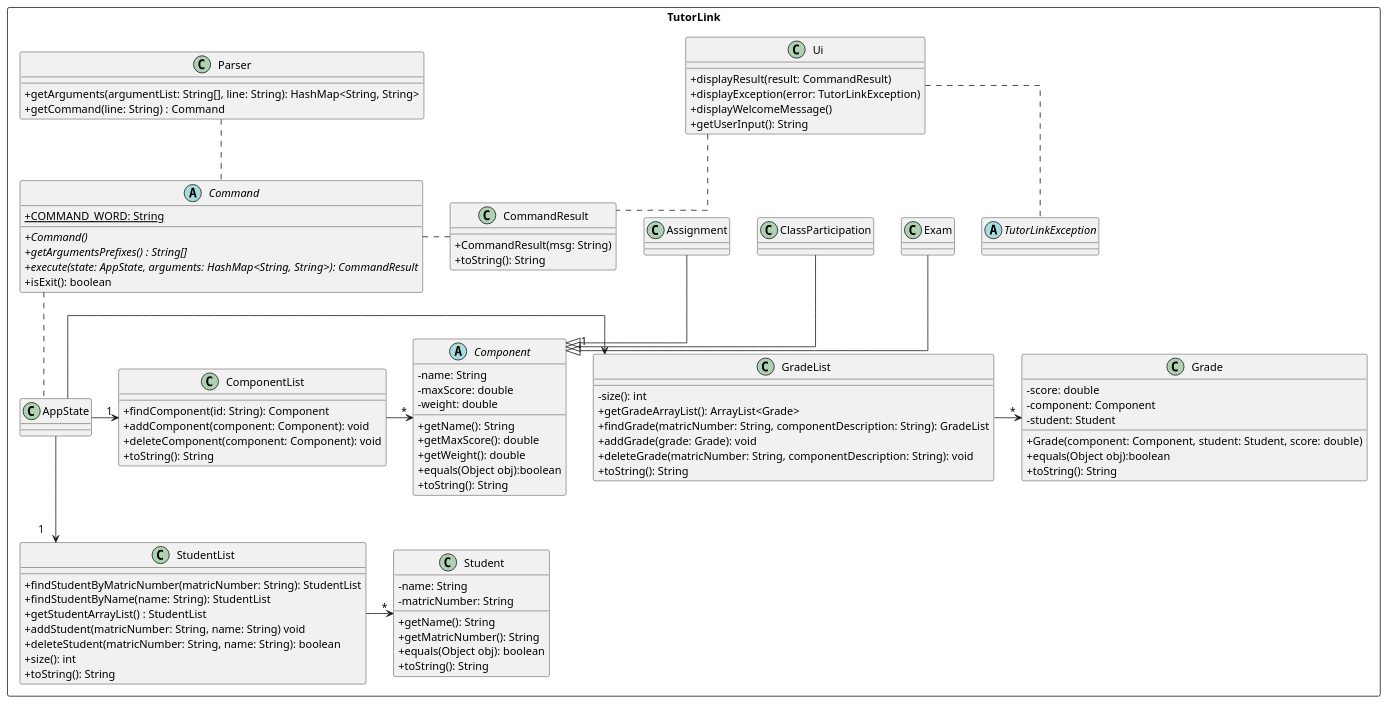
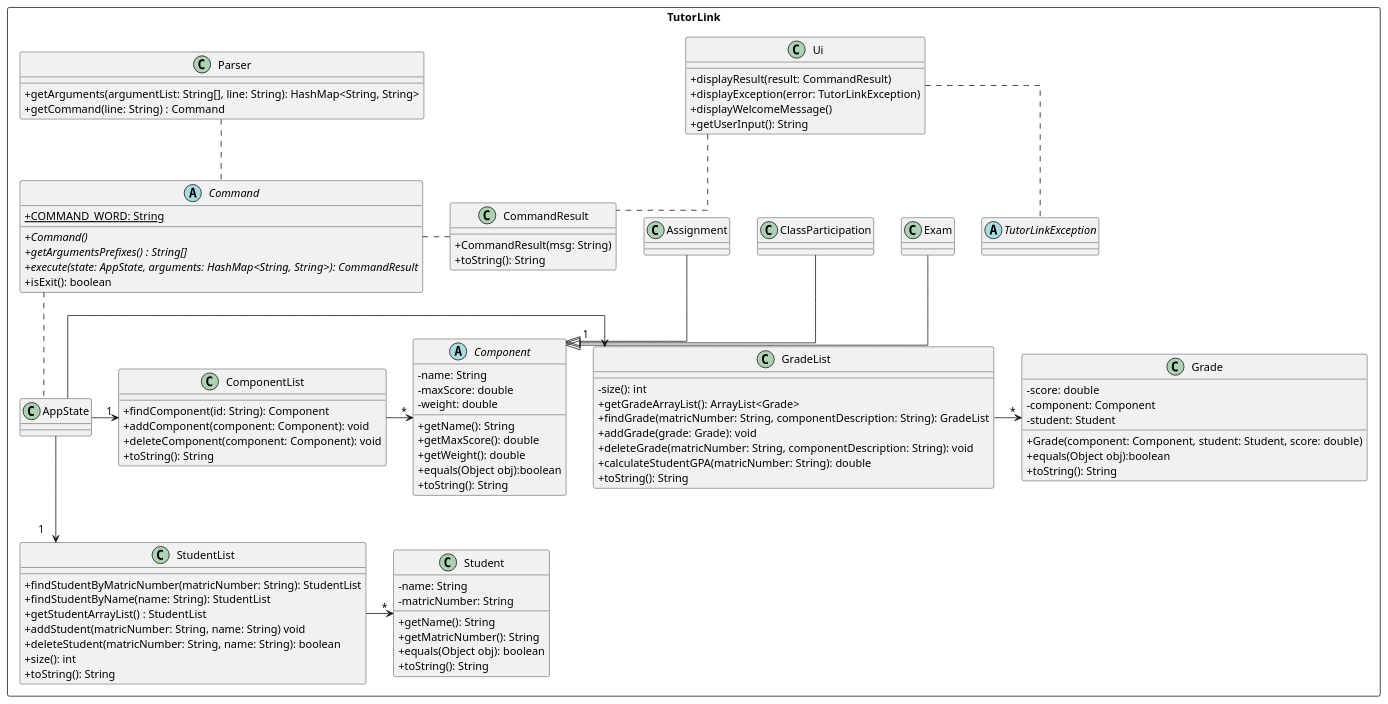
One commit to yeekian/tp changed the diagram in docs/diagrams/Assets.puml. Above: the diagram before and after it, drawn with PlantUML. The commit also changed 2 other files, not shown here.

Commit message:
Add calculateStudentGPA()

```diff
--- a/docs/diagrams/Assets.puml
+++ b/docs/diagrams/Assets.puml
@@ -1,122 +1,123 @@
 @startuml App Diagram
 
 'https://plantuml.com/class-diagram
 ' !include Style.puml
 skinparam classAttributeIconSize 0
 skinparam classMethodIconSize 0
 skinparam linetype ortho
 
 package TutorLink <<Rectangle>>{
 
 class CommandResult {
     + CommandResult(msg: String)
     + toString(): String
 }
 
 class Ui {
     + displayResult(result: CommandResult)
     + displayException(error: TutorLinkException)
     + displayWelcomeMessage()
     + getUserInput(): String
 }
 
 Ui .. CommandResult
 
 Ui .. TutorLinkException
 
 abstract class TutorLinkException
 
 abstract class Command {
     + {static}COMMAND_WORD: String
     + Command() {abstract}
     + {abstract} getArgumentsPrefixes() : String[]
     + execute(state: AppState, arguments: HashMap<String, String>): CommandResult {abstract}
     + isExit(): boolean
 }
 
 Command ..right.. CommandResult
 
 
 abstract class Component {
     - name: String
     - maxScore: double
     - weight: double
     + getName(): String
     + getMaxScore(): double
     + getWeight(): double
     + equals(Object obj):boolean
     + toString(): String
 }
 class Exam
 class ClassParticipation
 class Assignment
 
 Exam --|> Component
 ClassParticipation --|> Component
 Assignment --|> Component
 
 
 class Student{
     - name: String
     - matricNumber: String
     + getName(): String
     + getMatricNumber(): String
     + equals(Object obj): boolean
     + toString(): String
 }
 
 class Grade{
     - score: double
     - component: Component
     - student: Student
     + Grade(component: Component, student: Student, score: double)
     + equals(Object obj):boolean
     + toString(): String
 }
 
 
 class AppState
 class GradeList{
 	- size(): int
 	+ getGradeArrayList(): ArrayList<Grade>
     + findGrade(matricNumber: String, componentDescription: String): GradeList
     + addGrade(grade: Grade): void
     + deleteGrade(matricNumber: String, componentDescription: String): void
+    + calculateStudentGPA(matricNumber: String): double
     + toString(): String
 }
 class StudentList {
     + findStudentByMatricNumber(matricNumber: String): StudentList
     + findStudentByName(name: String): StudentList
 	+ getStudentArrayList() : StudentList
     + addStudent(matricNumber: String, name: String) void
     + deleteStudent(matricNumber: String, name: String): boolean
     + size(): int
     + toString(): String
 }
 class ComponentList {
     + findComponent(id: String): Component
     + addComponent(component: Component): void
     + deleteComponent(component: Component): void
     + toString(): String
 }
 
 AppState -> "1" GradeList
 AppState --> "1" StudentList
 AppState -> "1" ComponentList
 
 GradeList -> "*" Grade
 ComponentList -> "*" Component
 StudentList -> "*" Student
 
 Command .. AppState
 
 class Parser {
     + getArguments(argumentList: String[], line: String): HashMap<String, String>
     + getCommand(line: String) : Command
 }
 
 Parser .. Command
 
 }
 
 @enduml
```
